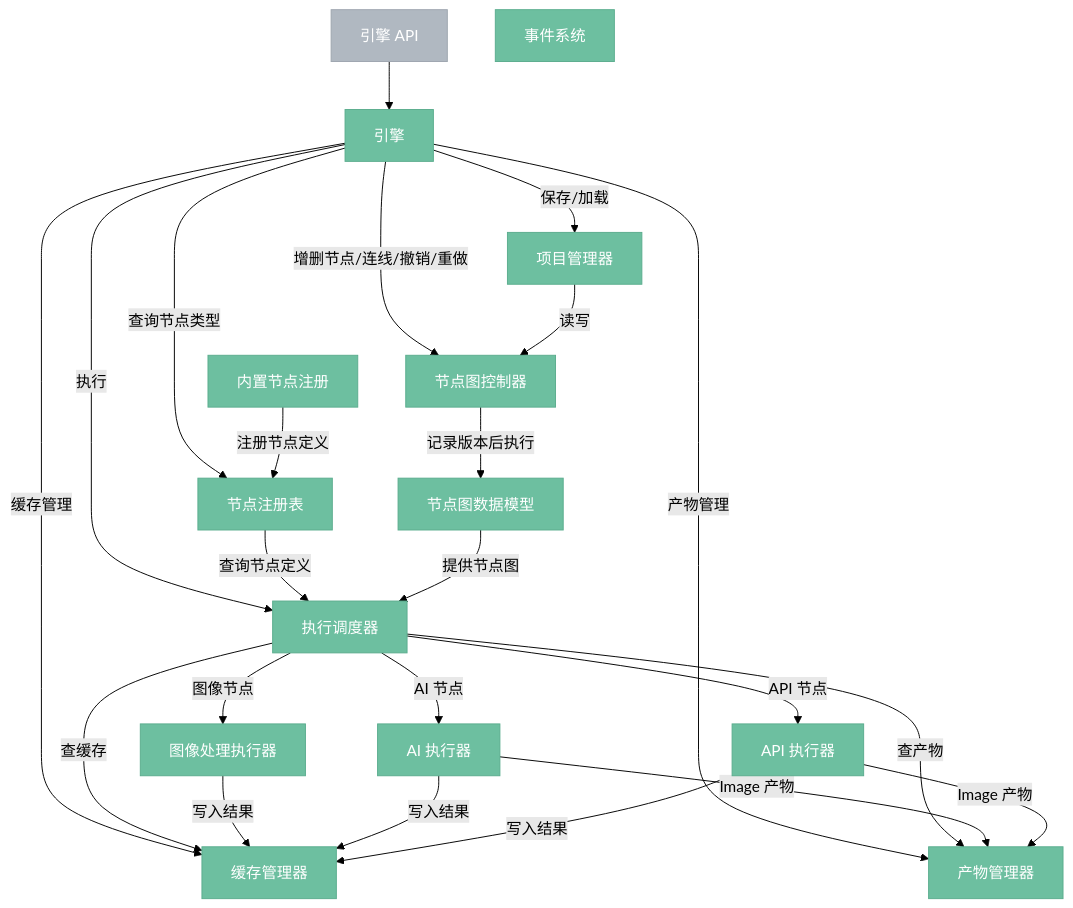
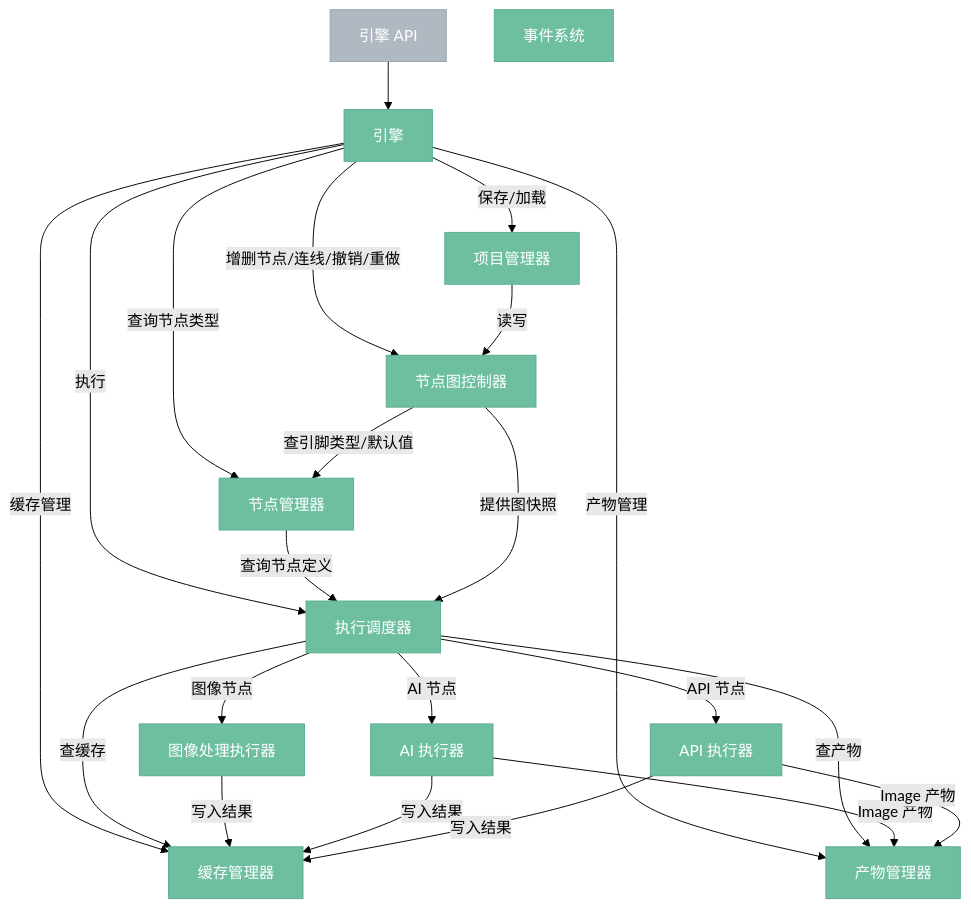
Before and after one commit to aporicho/nodeimg: the diagram in docs/targetv3/400-engine.md, drawn with Mermaid (forest theme). The commit also changed other lines of this file and 12 other files, not shown here.

First line of the commit message:
docs(targetv3): 节点图数据模型合入控制器 + 一致性修复 + 序号调整

````diff
--- a/docs/targetv3/400-engine.md
+++ b/docs/targetv3/400-engine.md
@@ -7,40 +7,38 @@
 ```mermaid
 %%{ init: { 'flowchart': { 'curve': 'basis' } } }%%
 flowchart TB
     classDef internal fill:#6DBFA0,stroke:#5BAD8E,color:#fff
     classDef external fill:#B0B8C1,stroke:#9EA6AF,color:#fff
 
     引擎API["引擎 API"]:::external
 
     引擎API --> 引擎["引擎"]:::internal
 
     引擎 -->|"执行"| 调度器["执行调度器"]:::internal
     引擎 -->|"增删节点/连线/撤销/重做"| 节点图控制器["节点图控制器"]:::internal
-    节点图控制器 -->|"记录版本后执行"| 节点图["节点图数据模型"]:::internal
     引擎 -->|"保存/加载"| 项目管理器["项目管理器"]:::internal
-    引擎 -->|"查询节点类型"| 注册表["节点注册表"]:::internal
+    引擎 -->|"查询节点类型"| 节点管理器["节点管理器"]:::internal
     引擎 -->|"缓存管理"| 缓存管理器["缓存管理器"]:::internal
     引擎 -->|"产物管理"| 产物管理器["产物管理器"]:::internal
 
     事件系统["事件系统"]:::internal
 
-    内置节点["内置节点注册"]:::internal
-    内置节点 -->|"注册节点定义"| 注册表
     项目管理器 -->|"读写"| 节点图控制器
-    注册表 -->|"查询节点定义"| 调度器
-    节点图 -->|"提供节点图"| 调度器
+    节点管理器 -->|"查询节点定义"| 调度器
+    节点图控制器 -->|"查引脚类型/默认值"| 节点管理器
+    节点图控制器 -->|"提供图快照"| 调度器
 
     调度器 -->|"查缓存"| 缓存管理器
     调度器 -->|"查产物"| 产物管理器
 
     调度器 -->|"图像节点"| 图像执行器["图像处理执行器"]:::internal
     调度器 -->|"AI 节点"| AI执行器["AI 执行器"]:::internal
     调度器 -->|"API 节点"| API执行器["API 执行器"]:::internal
 
     图像执行器 -->|"写入结果"| 缓存管理器
     AI执行器 -->|"写入结果"| 缓存管理器
     API执行器 -->|"写入结果"| 缓存管理器
 
     AI执行器 -->|"Image 产物"| 产物管理器
     API执行器 -->|"Image 产物"| 产物管理器
 ```
````
